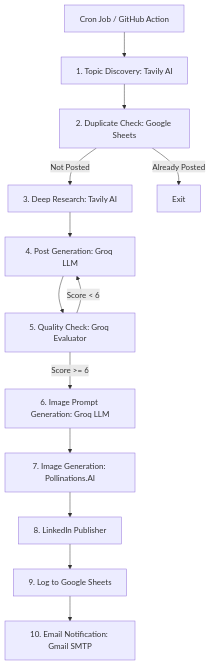
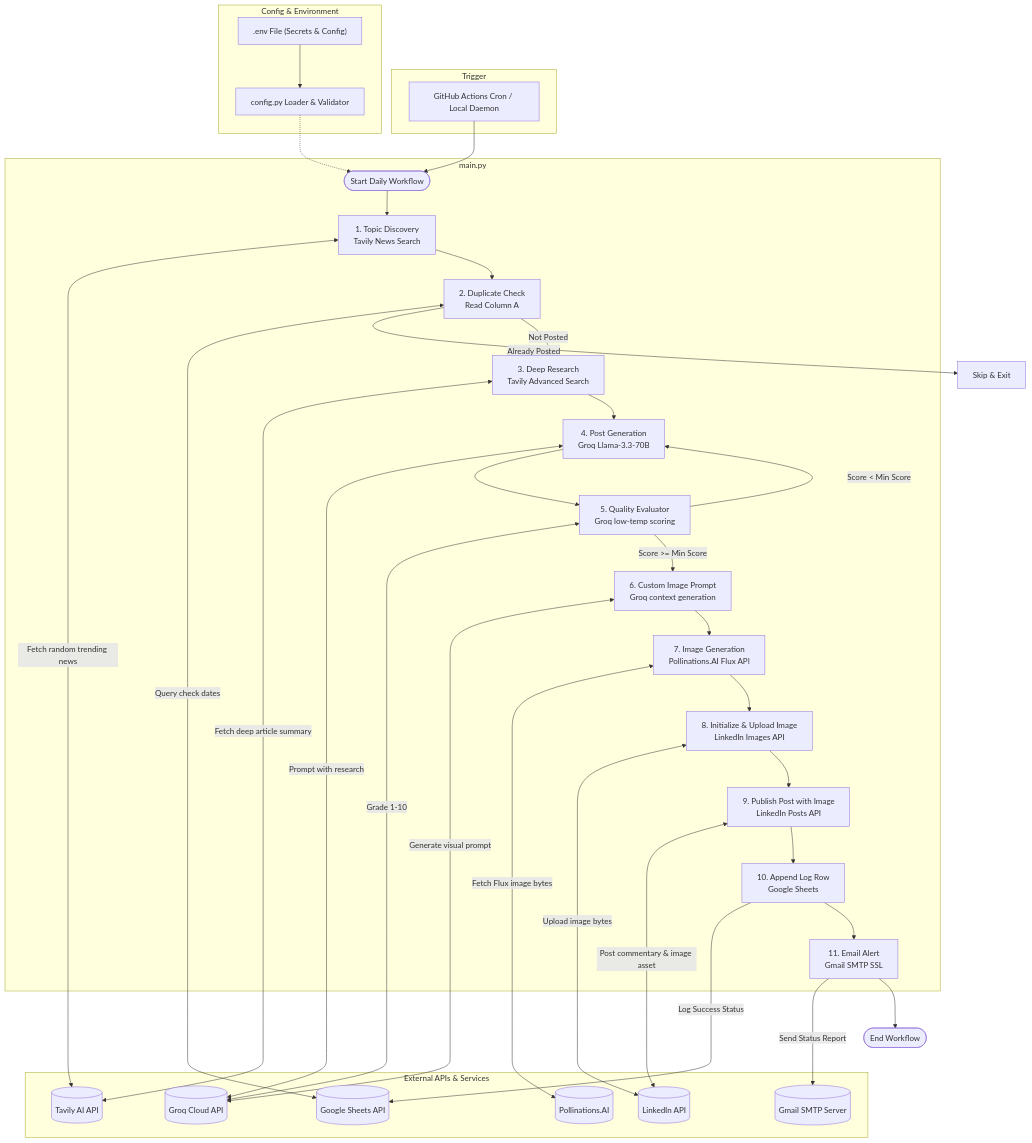
One commit to Avijit-roy/Linkedin-post-automation changed the diagram in README.md. Above: the diagram before and after it, drawn with Mermaid.

Commit message:
add comprehensive architectural workflow diagram

````diff
--- a/README.md
+++ b/README.md
@@ -9,15 +9,77 @@
 ```mermaid
-flowchart TD
-    A[Cron Job / GitHub Action] --> B[1. Topic Discovery: Tavily AI]
-    B --> C[2. Duplicate Check: Google Sheets]
-    C -->|Not Posted| D[3. Deep Research: Tavily AI]
-    C -->|Already Posted| Exit[Exit]
-    D --> E[4. Post Generation: Groq LLM]
-    E --> F[5. Quality Check: Groq Evaluator]
-    F -->|Score >= 6| G[6. Image Prompt Generation: Groq LLM]
-    F -->|Score < 6| E
-    G --> H[7. Image Generation: Pollinations.AI]
-    H --> I[8. LinkedIn Publisher]
-    I --> J[9. Log to Google Sheets]
-    J --> K[10. Email Notification: Gmail SMTP]
+graph TD
+    subgraph Trigger
+        Cron[GitHub Actions Cron / Local Daemon]
+    end
+
+    subgraph Config & Environment
+        Env[".env File (Secrets & Config)"] --> Config[config.py Loader & Validator]
+    end
+
+    subgraph Core Automation Flow [main.py]
+        Start([Start Daily Workflow])
+        Discovery[1. Topic Discovery<br/>Tavily News Search]
+        DupCheck[2. Duplicate Check<br/>Read Column A]
+        Research[3. Deep Research<br/>Tavily Advanced Search]
+        GenPost[4. Post Generation<br/>Groq Llama-3.3-70B]
+        QualityCheck[5. Quality Evaluator<br/>Groq low-temp scoring]
+        GenPrompt[6. Custom Image Prompt<br/>Groq context generation]
+        GenImage[7. Image Generation<br/>Pollinations.AI Flux API]
+        UploadImage[8. Initialize & Upload Image<br/>LinkedIn Images API]
+        PublishPost[9. Publish Post with Image<br/>LinkedIn Posts API]
+        LogRun[10. Append Log Row<br/>Google Sheets]
+        Notify[11. Email Alert<br/>Gmail SMTP SSL]
+    end
+
+    subgraph External APIs & Services
+        TavilyAPI[(Tavily AI API)]
+        SheetsAPI[(Google Sheets API)]
+        GroqAPI[(Groq Cloud API)]
+        PollinationsAPI[(Pollinations.AI)]
+        LinkedinAPI[(LinkedIn API)]
+        GmailSMTP[(Gmail SMTP Server)]
+    end
+
+    %% Flow connections
+    Cron --> Start
+    Config -.-> Start
+    
+    Start --> Discovery
+    Discovery <-->|Fetch random trending news| TavilyAPI
+    
+    Discovery --> DupCheck
+    DupCheck <-->|Query check dates| SheetsAPI
+    
+    DupCheck -->|Already Posted| Skip[Skip & Exit]
+    DupCheck -->|Not Posted| Research
+    
+    Research <-->|Fetch deep article summary| TavilyAPI
+    
+    Research --> GenPost
+    GenPost <-->|Prompt with research| GroqAPI
+    
+    GenPost --> QualityCheck
+    QualityCheck <-->|Grade 1-10| GroqAPI
+    
+    QualityCheck -->|Score < Min Score| GenPost
+    QualityCheck -->|Score >= Min Score| GenPrompt
+    
+    GenPrompt <-->|Generate visual prompt| GroqAPI
+    
+    GenPrompt --> GenImage
+    GenImage <-->|Fetch Flux image bytes| PollinationsAPI
+    
+    GenImage --> UploadImage
+    UploadImage <-->|Upload image bytes| LinkedinAPI
+    
+    UploadImage --> PublishPost
+    PublishPost <-->|Post commentary & image asset| LinkedinAPI
+    
+    PublishPost --> LogRun
+    LogRun --->|Log Success Status| SheetsAPI
+    
+    LogRun --> Notify
+    Notify --->|Send Status Report| GmailSMTP
+    
+    Notify --> End([End Workflow])
 ```
````
